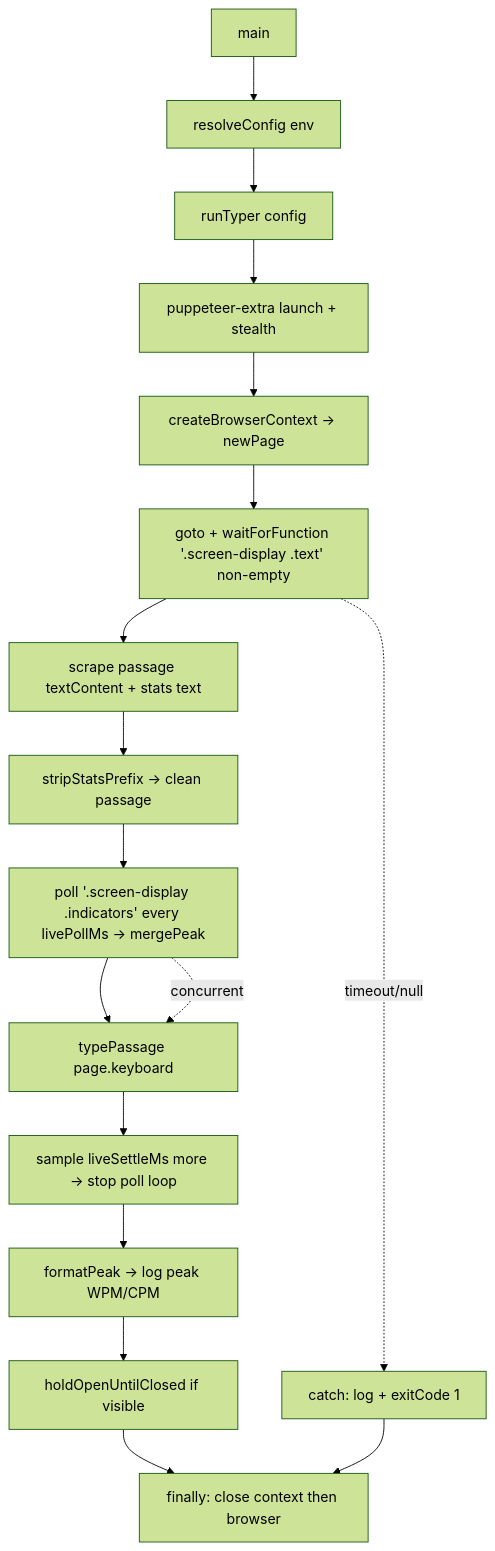
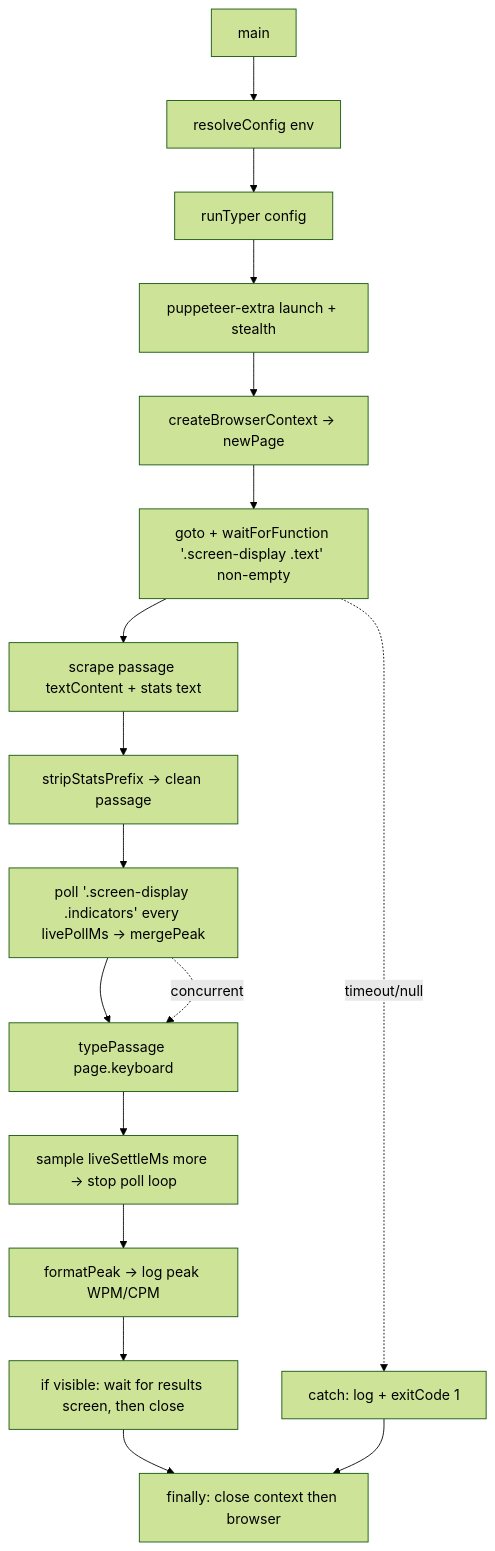
The diagram in .portfolio/architecture.md (Technical-1/Supernatural-Speed-Typer), drawn with Mermaid (forest theme) before and after one commit. The commit also changed other lines of this file and 3 other files, not shown here.

Commit message:
fix: close the stray blank window and close on results redirect

````diff
--- a/.portfolio/architecture.md
+++ b/.portfolio/architecture.md
@@ -5,19 +5,19 @@
 ```mermaid
 flowchart TD
     M[main] --> CFG[resolveConfig env]
     CFG --> RT[runTyper config]
     RT --> L[puppeteer-extra launch + stealth]
     L --> CTX[createBrowserContext → newPage]
     CTX --> NAV[goto + waitForFunction '.screen-display .text' non-empty]
     NAV --> SCRAPE[scrape passage textContent + stats text]
     SCRAPE --> STRIP[stripStatsPrefix → clean passage]
     STRIP --> POLL[poll '.screen-display .indicators' every livePollMs → mergePeak]
     POLL --> TYPE[typePassage page.keyboard]
     TYPE --> SETTLE[sample liveSettleMs more → stop poll loop]
     SETTLE --> REPORT[formatPeak → log peak WPM/CPM]
     POLL -. concurrent .-> TYPE
-    REPORT --> HOLD[holdOpenUntilClosed if visible]
+    REPORT --> HOLD[if visible: wait for results screen, then close]
     HOLD --> TD[finally: close context then browser]
     NAV -. timeout/null .-> ERR[catch: log + exitCode 1]
     ERR --> TD
 ```
````
